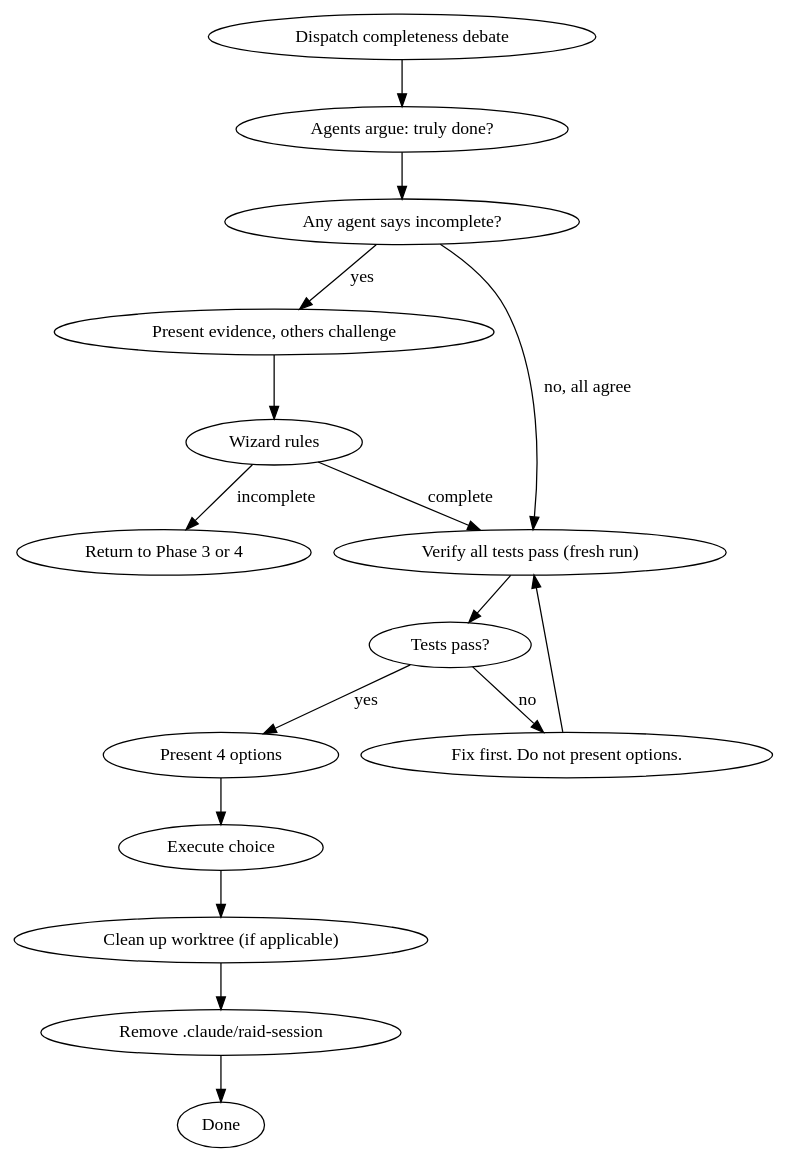
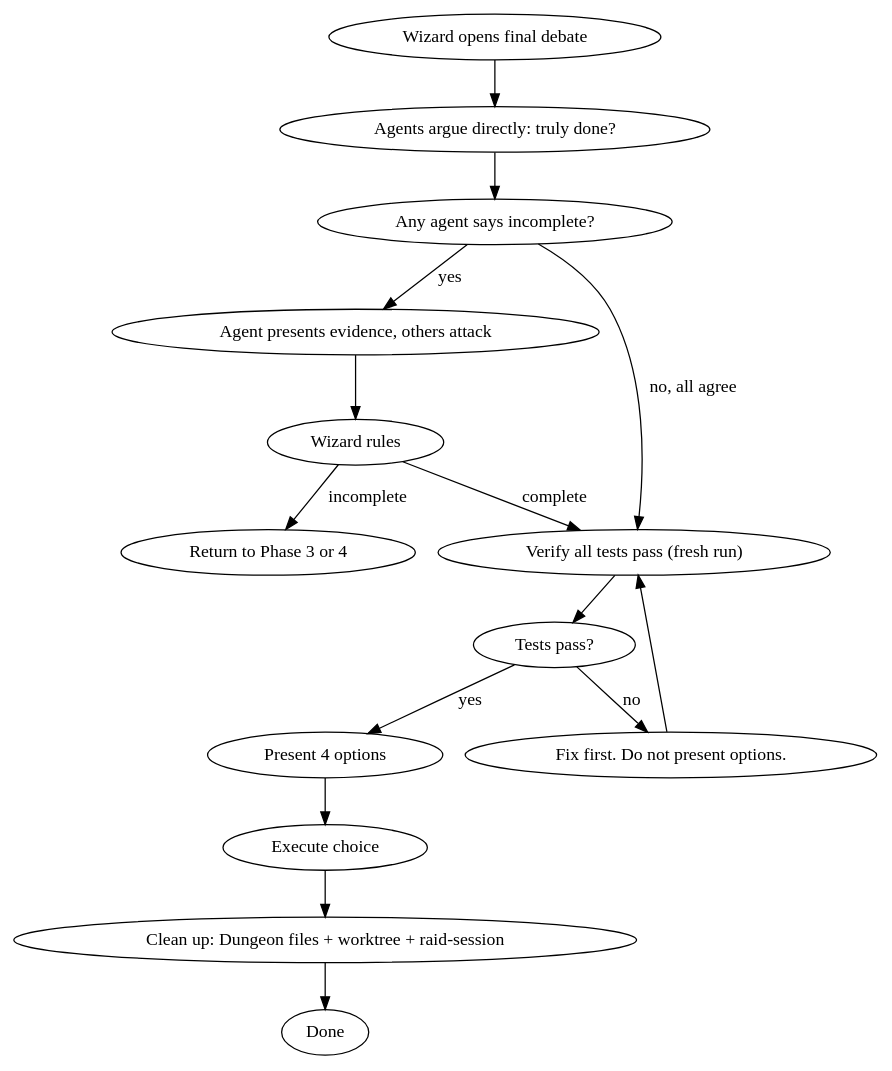
The diagram in template/.claude/skills/raid-finishing/SKILL.md (pedropicardi/claude-raid), drawn with Graphviz before and after one commit. The commit also changed other lines of this file, not shown here.

Commit message:
feat(skills): rewrite raid-finishing with direct debate and Dungeon cleanup

````diff
--- a/template/.claude/skills/raid-finishing/SKILL.md
+++ b/template/.claude/skills/raid-finishing/SKILL.md
@@ -20,19 +20,18 @@
 ```dot
 digraph finishing {
-  "Dispatch completeness debate" -> "Agents argue: truly done?";
-  "Agents argue: truly done?" -> "Any agent says incomplete?" [shape=diamond];
-  "Any agent says incomplete?" -> "Present evidence, others challenge" [label="yes"];
-  "Present evidence, others challenge" -> "Wizard rules" [shape=diamond];
+  "Wizard opens final debate" -> "Agents argue directly: truly done?";
+  "Agents argue directly: truly done?" -> "Any agent says incomplete?" [shape=diamond];
+  "Any agent says incomplete?" -> "Agent presents evidence, others attack" [label="yes"];
+  "Agent presents evidence, others attack" -> "Wizard rules" [shape=diamond];
   "Wizard rules" -> "Return to Phase 3 or 4" [label="incomplete"];
   "Wizard rules" -> "Verify all tests pass (fresh run)" [label="complete"];
   "Any agent says incomplete?" -> "Verify all tests pass (fresh run)" [label="no, all agree"];
   "Verify all tests pass (fresh run)" -> "Tests pass?" [shape=diamond];
   "Tests pass?" -> "Fix first. Do not present options." [label="no"];
   "Fix first. Do not present options." -> "Verify all tests pass (fresh run)";
   "Tests pass?" -> "Present 4 options" [label="yes"];
   "Present 4 options" -> "Execute choice";
-  "Execute choice" -> "Clean up worktree (if applicable)";
-  "Clean up worktree (if applicable)" -> "Remove .claude/raid-session";
-  "Remove .claude/raid-session" -> "Done" [shape=doublecircle];
+  "Execute choice" -> "Clean up: Dungeon files + worktree + raid-session";
+  "Clean up: Dungeon files + worktree + raid-session" -> "Done" [shape=doublecircle];
 }
 ```
````
